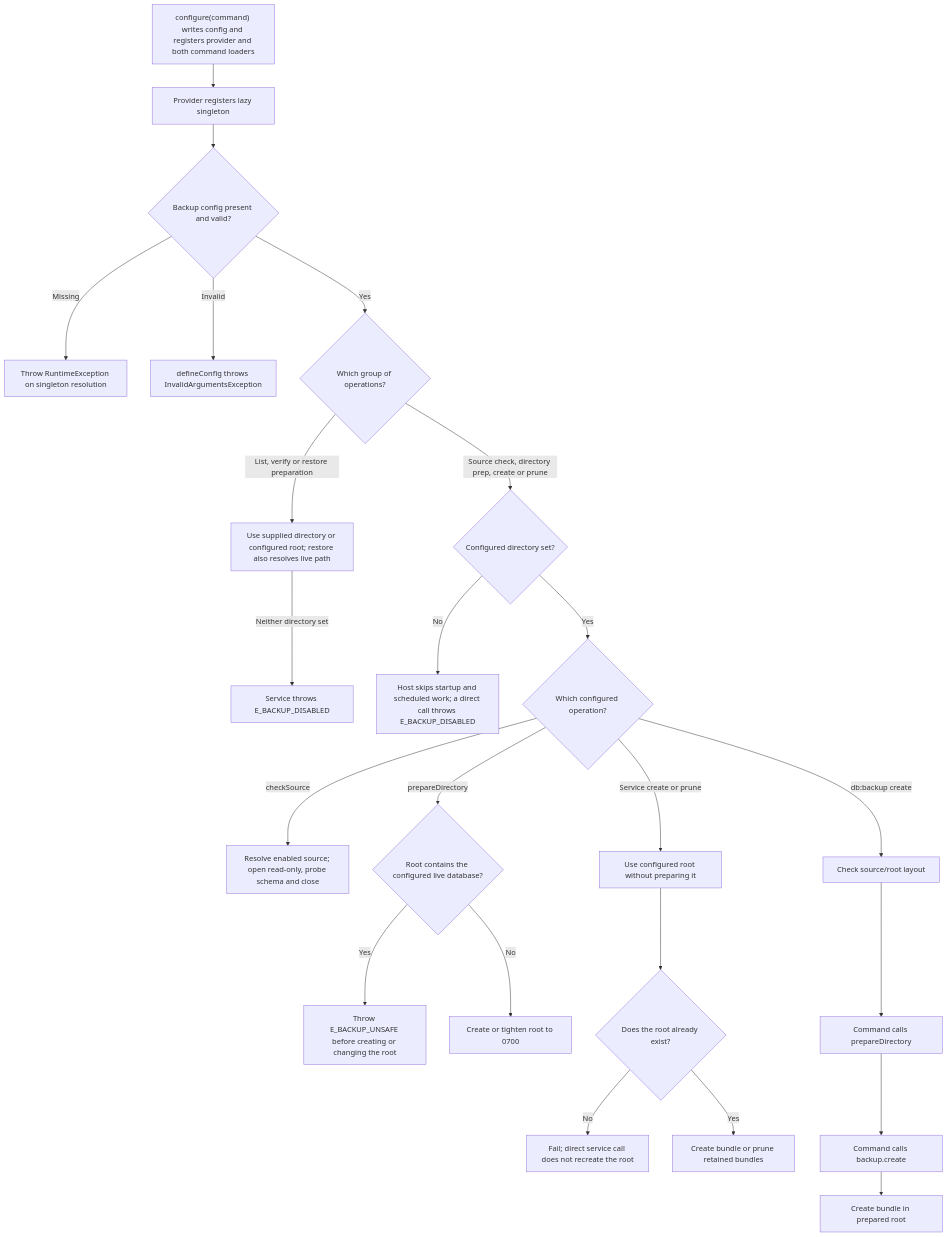
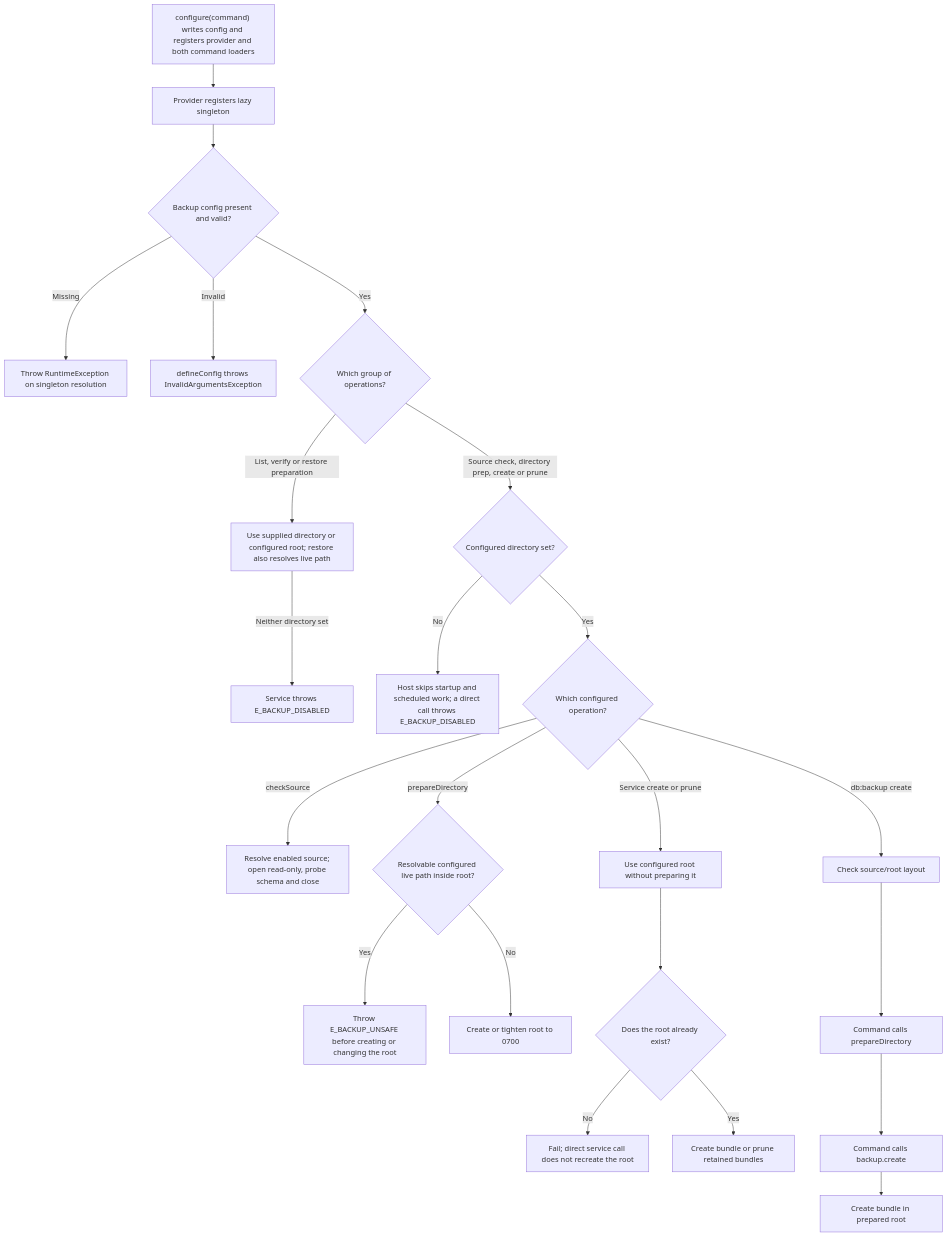
The second of 2 diagrams in user-stories/setup/us-setup-01-configure-backups.md (Kevinjohn/oss-adonisjs-sqlite-backup), drawn with Mermaid before and after one commit. The commit also changed other lines of this file and 7 other files, not shown here.

````diff
--- a/user-stories/setup/us-setup-01-configure-backups.md
+++ b/user-stories/setup/us-setup-01-configure-backups.md
@@ -48,25 +48,25 @@
 ```mermaid
 flowchart TD
     A["configure(command) writes config and registers provider and both command loaders"] --> B["Provider registers lazy singleton"]
     B --> B1{"Backup config present and valid?"}
     B1 -->|Missing| X["Throw RuntimeException on singleton resolution"]
     B1 -->|Invalid| X1["defineConfig throws InvalidArgumentsException"]
     B1 -->|Yes| O{"Which group of operations?"}
     O -->|List, verify or restore preparation| R["Use supplied directory or configured root; restore also resolves live path"]
     R -->|Neither directory set| F0["Service throws E_BACKUP_DISABLED"]
     O -->|Source check, directory prep, create or prune| D0{"Configured directory set?"}
     D0 -->|No| F1["Host skips startup and scheduled work; a direct call throws E_BACKUP_DISABLED"]
     D0 -->|Yes| C{"Which configured operation?"}
     C -->|checkSource| S["Resolve enabled source; open read-only, probe schema and close"]
-    C -->|prepareDirectory| P1{"Root contains the configured live database?"}
+    C -->|prepareDirectory| P1{"Resolvable configured live path inside root?"}
     P1 -->|Yes| P2["Throw E_BACKUP_UNSAFE before creating or changing the root"]
     P1 -->|No| P["Create or tighten root to 0700"]
     C -->|Service create or prune| D["Use configured root without preparing it"]
     D --> E{"Does the root already exist?"}
     E -->|No| F["Fail; direct service call does not recreate the root"]
     E -->|Yes| G["Create bundle or prune retained bundles"]
     C -->|db:backup create| H1["Check source/root layout"]
     H1 --> H["Command calls prepareDirectory"]
     H --> I["Command calls backup.create"]
     I --> J["Create bundle in prepared root"]
 ```
````
